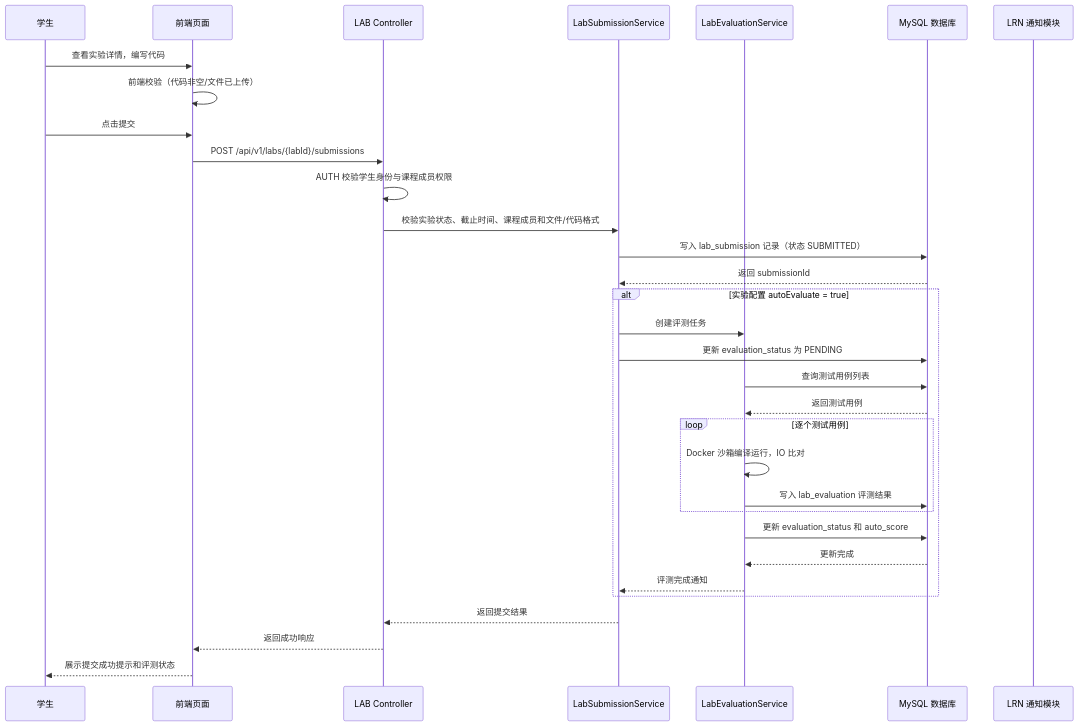
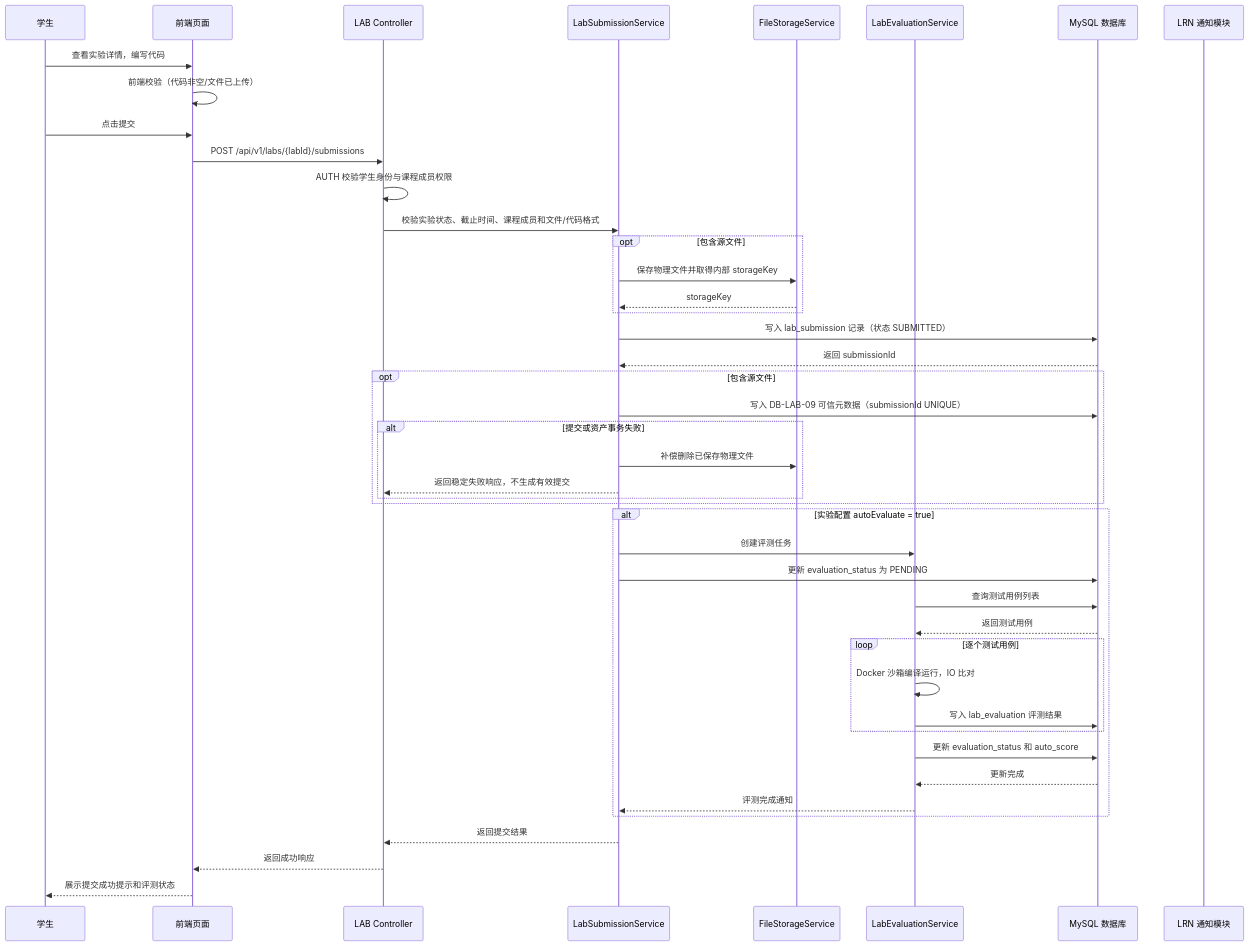
Before and after one commit to Cr4zyorange/OnlineJudge: diagram 28 of 52 in docs/最终提交/软件详细设计说明书.md, drawn with Mermaid. The commit also changed other lines of this file and 13 other files, not shown here.

````diff
--- a/docs/最终提交/软件详细设计说明书.md
+++ b/docs/最终提交/软件详细设计说明书.md
@@ -2853,35 +2927,47 @@
 ```mermaid
 sequenceDiagram
   participant U as 学生
   participant P as 前端页面
   participant A as LAB Controller
   participant S as LabSubmissionService
+  participant F as FileStorageService
   participant E as LabEvaluationService
   participant D as MySQL 数据库
   participant N as LRN 通知模块
 
   U->>P: 查看实验详情，编写代码
   P->>P: 前端校验（代码非空/文件已上传）
   U->>P: 点击提交
   P->>A: POST /api/v1/labs/{labId}/submissions
   A->>A: AUTH 校验学生身份与课程成员权限
   A->>S: 校验实验状态、截止时间、课程成员和文件/代码格式
+  opt 包含源文件
+    S->>F: 保存物理文件并取得内部 storageKey
+    F-->>S: storageKey
+  end
   S->>D: 写入 lab_submission 记录（状态 SUBMITTED）
   D-->>S: 返回 submissionId
+  opt 包含源文件
+    S->>D: 写入 DB-LAB-09 可信元数据（submissionId UNIQUE）
+    alt 提交或资产事务失败
+      S->>F: 补偿删除已保存物理文件
+      S-->>A: 返回稳定失败响应，不生成有效提交
+    end
+  end
   alt 实验配置 autoEvaluate = true
     S->>E: 创建评测任务
     S->>D: 更新 evaluation_status 为 PENDING
     E->>D: 查询测试用例列表
     D-->>E: 返回测试用例
     loop 逐个测试用例
       E->>E: Docker 沙箱编译运行，IO 比对
       E->>D: 写入 lab_evaluation 评测结果
     end
     E->>D: 更新 evaluation_status 和 auto_score
     D-->>E: 更新完成
     E-->>S: 评测完成通知
   end
   S-->>A: 返回提交结果
   A-->>P: 返回成功响应
   P-->>U: 展示提交成功提示和评测状态
 ```
````
